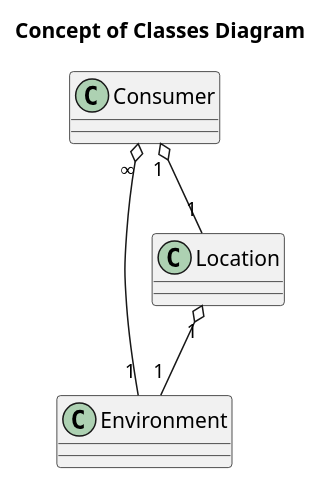
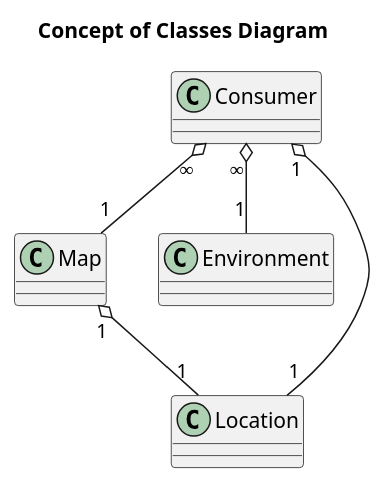
The diagram in 2-SoftwareDesign/2.7-PlantUML/UML-ConceptClasses.puml (oleksandrblazhko/ai204-maksimenko), drawn with PlantUML before and after one commit.

```diff
--- a/2-SoftwareDesign/2.7-PlantUML/UML-ConceptClasses.puml
+++ b/2-SoftwareDesign/2.7-PlantUML/UML-ConceptClasses.puml
@@ -1,13 +1,14 @@
 @startuml
 title Concept of Classes Diagram 
 
-
+Class Map
 Class Consumer
 Class Environment
 Class Location
 
 
 Consumer"1" o-- "1"Location
 Consumer"∞" o-- "1"Environment
-Location"1" o-- "1"Environment
+Map"1" o-- "1"Location
+Consumer"∞" o-- "1"Map
 @enduml
```
